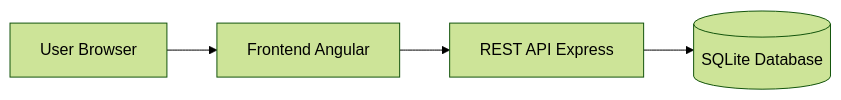
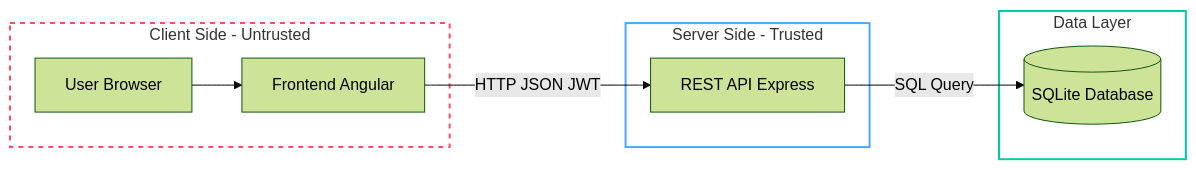
The diagram in Mermaid.md (ZanAJA/PAW), drawn with Mermaid (forest theme) before and after one commit.

````diff
--- a/Mermaid.md
+++ b/Mermaid.md
@@ -3,6 +3,24 @@
 ```mermaid
 flowchart LR
-    U[User Browser] --> F[Frontend Angular]
-    F --> A[REST API Express]
-    A --> D[(SQLite Database)]
+
+    subgraph CLIENT["Client Side - Untrusted"]
+        U[User Browser]
+        F[Frontend Angular]
+        U --> F
+    end
+
+    subgraph SERVER["Server Side - Trusted"]
+        A[REST API Express]
+    end
+
+    subgraph DATA["Data Layer"]
+        D[(SQLite Database)]
+    end
+
+    F -->|HTTP JSON JWT| A
+    A -->|SQL Query| D
+
+    style CLIENT fill:none,stroke:#ff4d6d,stroke-width:2px,stroke-dasharray:5 5
+    style SERVER fill:none,stroke:#4da6ff,stroke-width:2px
+    style DATA fill:none,stroke:#00c9a7,stroke-width:2px
 ```
````
